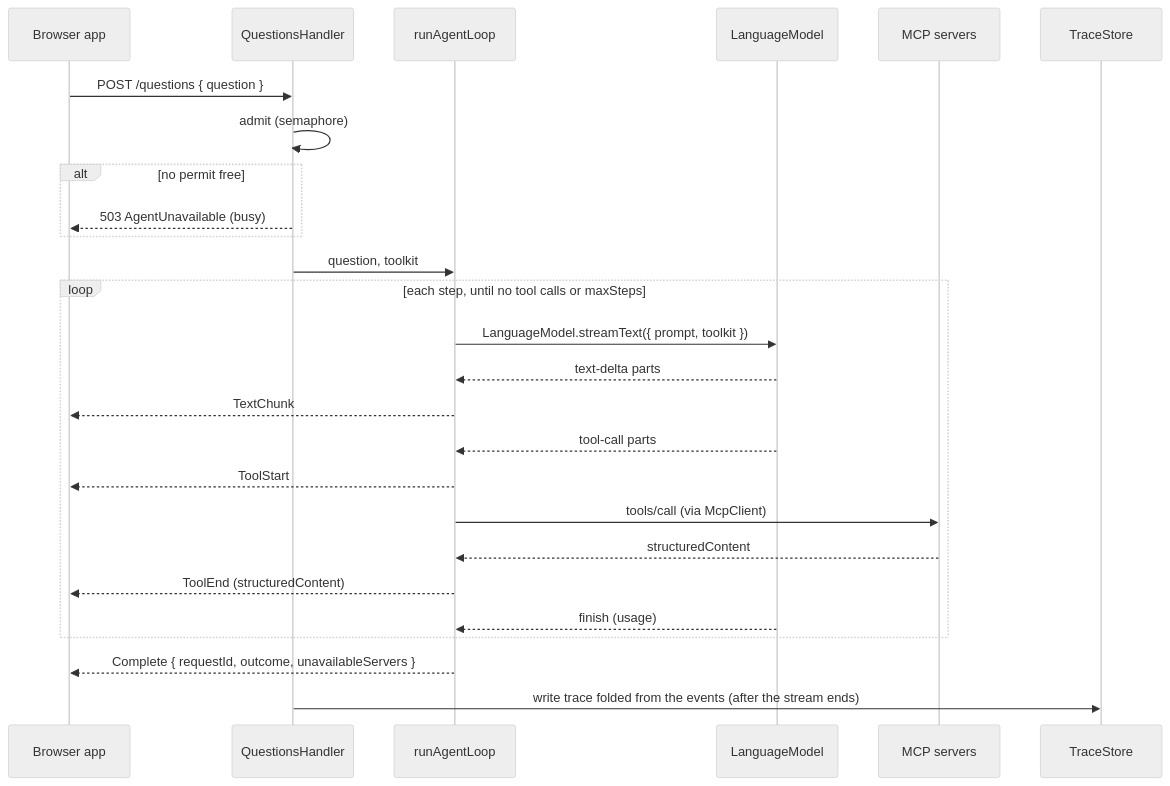
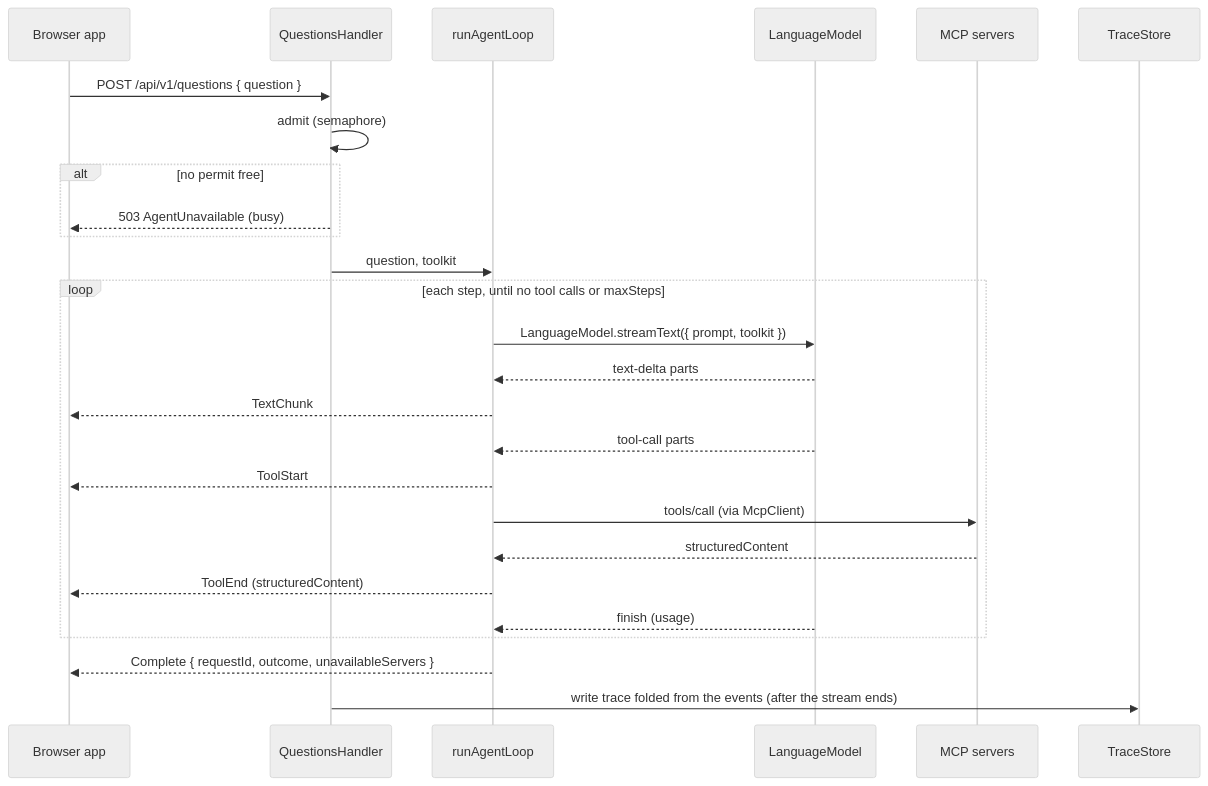
Before and after one commit to mollyegibson/policy-huis: the diagram in docs/plans/agent-loop.md, drawn with Mermaid (neutral theme). The commit also changed other lines of this file and 48 other files, not shown here.

````diff
--- a/docs/plans/agent-loop.md
+++ b/docs/plans/agent-loop.md
@@ -94,29 +98,29 @@
 ```mermaid
 sequenceDiagram
     participant B as Browser app
     participant H as QuestionsHandler
     participant L as runAgentLoop
     participant M as LanguageModel
     participant S as MCP servers
     participant T as TraceStore
 
-    B->>H: POST /questions { question }
+    B->>H: POST /api/v1/questions { question }
     H->>H: admit (semaphore)
     alt no permit free
         H-->>B: 503 AgentUnavailable (busy)
     end
     H->>L: question, toolkit
     loop each step, until no tool calls or maxSteps
         L->>M: LanguageModel.streamText({ prompt, toolkit })
         M-->>L: text-delta parts
         L-->>B: TextChunk
         M-->>L: tool-call parts
         L-->>B: ToolStart
         L->>S: tools/call (via McpClient)
         S-->>L: structuredContent
         L-->>B: ToolEnd (structuredContent)
         M-->>L: finish (usage)
     end
     L-->>B: Complete { requestId, outcome, unavailableServers }
     H->>T: write trace folded from the events (after the stream ends)
 ```
````
